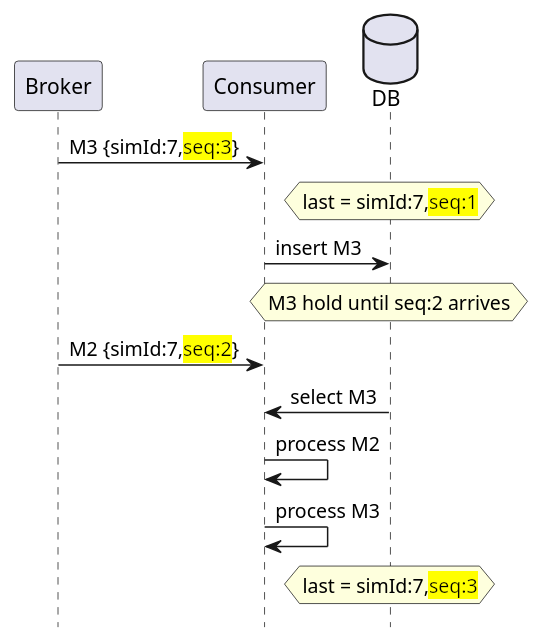
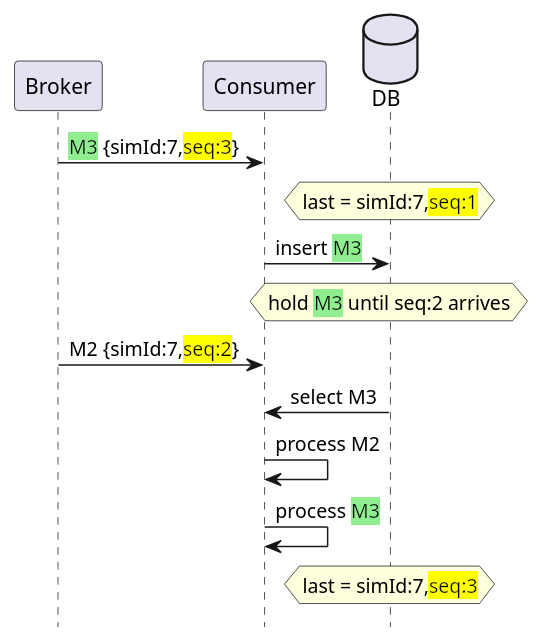
Before and after one commit to victorrentea/kafka: the diagram in patterns/2_order_c_[fix]seq_no!!.puml, drawn with PlantUML. The commit also changed 4 other files, not shown here.

```diff
--- a/patterns/2_order_c_[fix]seq_no!!.puml
+++ b/patterns/2_order_c_[fix]seq_no!!.puml
@@ -1,16 +1,16 @@
 @startuml
 'title Producer Race\nFix: Sequence Number
 hide footbox
 database DB order 10
 
-Broker->Consumer:M3 {simId:7,<back:yellow>seq:3</back>}
+Broker->Consumer:<back:lightgreen>M3</back> {simId:7,<back:yellow>seq:3</back>}
 hnote over DB: last = simId:7,<back:yellow>seq:1</back>
-Consumer->DB: insert M3
-hnote over DB: M3 hold until seq:2 arrives
+Consumer->DB: insert <back:lightgreen>M3</back>
+hnote over DB: hold <back:lightgreen>M3</back> until seq:2 arrives
 Broker->Consumer:M2 {simId:7,<back:yellow>seq:2</back>}
 Consumer<-DB: select M3
 Consumer->Consumer: process M2
-Consumer->Consumer: process M3
+Consumer->Consumer: process <back:lightgreen>M3</back>
 hnote over DB: last = simId:7,<back:yellow>seq:3</back>
 
 @enduml
```
